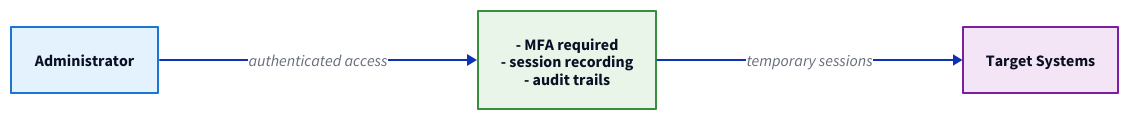
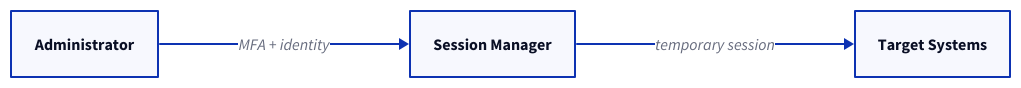
Before and after one commit to wagov-dtt/architecture-decision-records: the diagram in security/012-privileged-remote-access.md, drawn with D2. The commit also changed other lines of this file and 18 other files, not shown here.

First line of the commit message:
docs: simplify diagrams and improve ADR clarity

````diff
--- a/security/012-privileged-remote-access.md
+++ b/security/012-privileged-remote-access.md
@@ -23,28 +23,10 @@
 ```d2
 direction: right
 
-admin: Administrator {
-  style: {
-    fill: "#e3f2fd"
-    stroke: "#1976d2"
-  }
-}
+admin: Administrator
+ssm: Session Manager
+systems: Target Systems
 
-ssm: AWS Session Manager {
-  style: {
-    fill: "#e8f5e8"
-    stroke: "#388e3c"
-  }
-}
-
-systems: Target Systems {
-  style: {
-    fill: "#f3e5f5"
-    stroke: "#7b1fa2"
-  }
-}
-
-admin -> ssm: authenticated access
-ssm -> systems: temporary sessions
-ssm: - MFA required\n- session recording\n- audit trails
+admin -> ssm: MFA + identity
+ssm -> systems: temporary session
 ```
````
